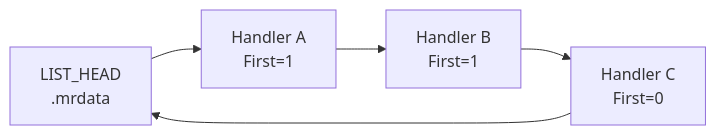
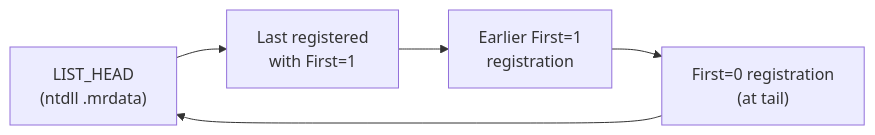
Before and after one commit to wosienko/NoExceptions: the diagram in slides/pages/03-zig-demos.md, drawn with Mermaid. The commit also changed other lines of this file and 5 other files, not shown here.

````diff
--- a/slides/pages/03-zig-demos.md
+++ b/slides/pages/03-zig-demos.md
@@ -32,7 +64,7 @@
-```mermaid {scale: 0.8}
+```mermaid {scale: 0.75}
 flowchart LR
-    HEAD["LIST_HEAD<br/>.mrdata"] --> A["Handler A<br/>First=1"]
-    A --> B["Handler B<br/>First=1"]
-    B --> C["Handler C<br/>First=0"]
+    HEAD["LIST_HEAD<br/>(ntdll .mrdata)"] --> A["Last registered<br/>with First=1"]
+    A --> B["Earlier First=1<br/>registration"]
+    B --> C["First=0 registration<br/>(at tail)"]
     C --> HEAD
 ```
````
